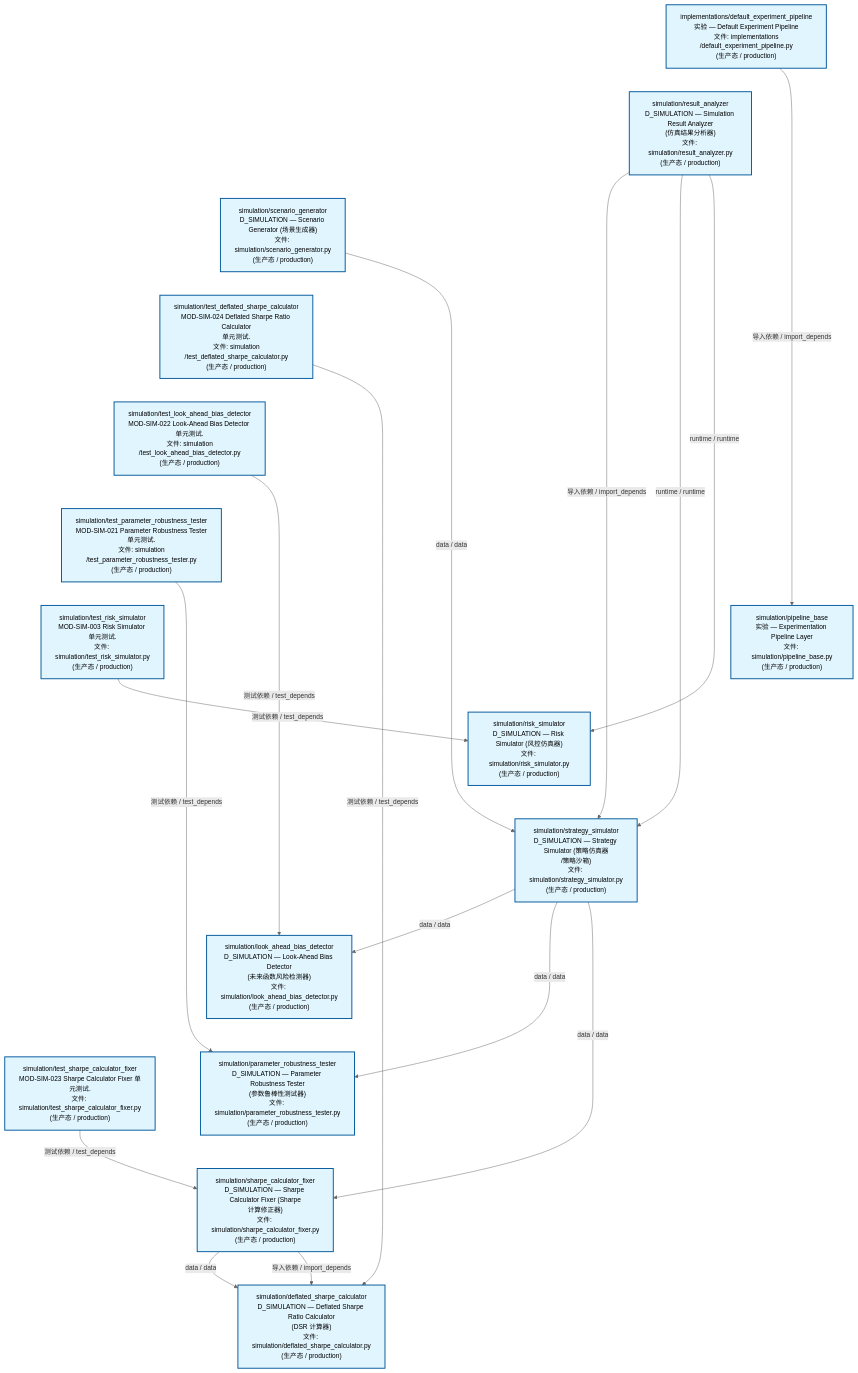
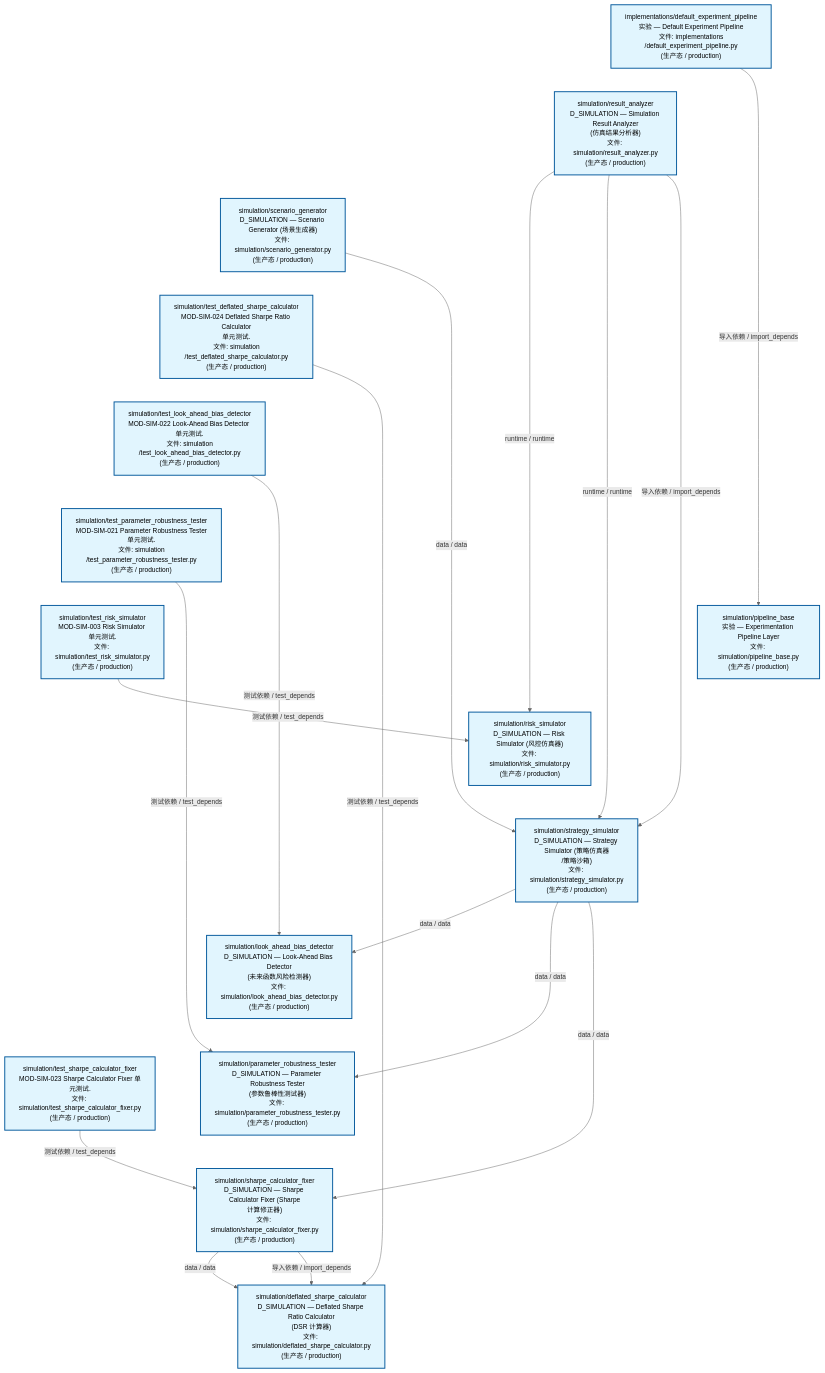
One commit to xuanFelixVan/ZephyrAlpha changed the second of 3 diagrams in docs/02_enterprise_architecture/02_domain_architecture_docs/70_d_simulation.md. Above: the diagram before and after it, drawn with Mermaid. The commit also changed other lines of this file and 59 other files, not shown here.

````diff
--- a/docs/02_enterprise_architecture/02_domain_architecture_docs/70_d_simulation.md
+++ b/docs/02_enterprise_architecture/02_domain_architecture_docs/70_d_simulation.md
@@ -123,50 +123,50 @@
 ```mermaid
 %%{init: {'theme': 'base', 'themeVariables': {'primaryColor': '#eaeaea', 'primaryTextColor': '#333333', 'primaryBorderColor': '#666666', 'lineColor': '#666666', 'secondaryColor': '#eaeaea', 'tertiaryColor': '#eaeaea', 'fontSize': '14px'}}}%%
 flowchart TD
     src_zephyr_simulation_implementations_default_experiment_pipeline_py["implementations/default_experiment_pipeline<br/>实验 — Default Experiment Pipeline<br/>文件: implementations<br/>/default_experiment_pipeline.py<br/>(生产态 / production)"]
     src_zephyr_simulation_result_analyzer_py["simulation/result_analyzer<br/>D_SIMULATION — Simulation Result Analyzer<br/>(仿真结果分析器)<br/>文件: simulation/result_analyzer.py<br/>(生产态 / production)"]
     src_zephyr_simulation_scenario_generator_py["simulation/scenario_generator<br/>D_SIMULATION — Scenario Generator (场景生成器)<br/>文件: simulation/scenario_generator.py<br/>(生产态 / production)"]
     tests_simulation_test_deflated_sharpe_calculator_py["simulation/test_deflated_sharpe_calculator<br/>MOD-SIM-024 Deflated Sharpe Ratio Calculator<br/>单元测试.<br/>文件: simulation<br/>/test_deflated_sharpe_calculator.py<br/>(生产态 / production)"]
     tests_simulation_test_look_ahead_bias_detector_py["simulation/test_look_ahead_bias_detector<br/>MOD-SIM-022 Look-Ahead Bias Detector 单元测试.<br/>文件: simulation<br/>/test_look_ahead_bias_detector.py<br/>(生产态 / production)"]
     tests_simulation_test_parameter_robustness_tester_py["simulation/test_parameter_robustness_tester<br/>MOD-SIM-021 Parameter Robustness Tester<br/>单元测试.<br/>文件: simulation<br/>/test_parameter_robustness_tester.py<br/>(生产态 / production)"]
     tests_simulation_test_risk_simulator_py["simulation/test_risk_simulator<br/>MOD-SIM-003 Risk Simulator 单元测试.<br/>文件: simulation/test_risk_simulator.py<br/>(生产态 / production)"]
     tests_simulation_test_sharpe_calculator_fixer_py["simulation/test_sharpe_calculator_fixer<br/>MOD-SIM-023 Sharpe Calculator Fixer 单元测试.<br/>文件: simulation/test_sharpe_calculator_fixer.py<br/>(生产态 / production)"]
     src_zephyr_simulation_implementations_default_experiment_pipeline_py ~~~ src_zephyr_simulation_result_analyzer_py
     src_zephyr_simulation_result_analyzer_py ~~~ src_zephyr_simulation_scenario_generator_py
     src_zephyr_simulation_scenario_generator_py ~~~ tests_simulation_test_deflated_sharpe_calculator_py
     tests_simulation_test_deflated_sharpe_calculator_py ~~~ tests_simulation_test_look_ahead_bias_detector_py
     tests_simulation_test_look_ahead_bias_detector_py ~~~ tests_simulation_test_parameter_robustness_tester_py
     tests_simulation_test_parameter_robustness_tester_py ~~~ tests_simulation_test_risk_simulator_py
     tests_simulation_test_risk_simulator_py ~~~ tests_simulation_test_sharpe_calculator_fixer_py
     src_zephyr_simulation_pipeline_base_py["simulation/pipeline_base<br/>实验 — Experimentation Pipeline Layer<br/>文件: simulation/pipeline_base.py<br/>(生产态 / production)"]
     src_zephyr_simulation_risk_simulator_py["simulation/risk_simulator<br/>D_SIMULATION — Risk Simulator (风控仿真器)<br/>文件: simulation/risk_simulator.py<br/>(生产态 / production)"]
     src_zephyr_simulation_strategy_simulator_py["simulation/strategy_simulator<br/>D_SIMULATION — Strategy Simulator (策略仿真器<br/>/策略沙箱)<br/>文件: simulation/strategy_simulator.py<br/>(生产态 / production)"]
     src_zephyr_simulation_pipeline_base_py ~~~ src_zephyr_simulation_risk_simulator_py
     src_zephyr_simulation_risk_simulator_py ~~~ src_zephyr_simulation_strategy_simulator_py
     src_zephyr_simulation_look_ahead_bias_detector_py["simulation/look_ahead_bias_detector<br/>D_SIMULATION — Look-Ahead Bias Detector<br/>(未来函数风险检测器)<br/>文件: simulation/look_ahead_bias_detector.py<br/>(生产态 / production)"]
     src_zephyr_simulation_parameter_robustness_tester_py["simulation/parameter_robustness_tester<br/>D_SIMULATION — Parameter Robustness Tester<br/>(参数鲁棒性测试器)<br/>文件: simulation/parameter_robustness_tester.py<br/>(生产态 / production)"]
     src_zephyr_simulation_sharpe_calculator_fixer_py["simulation/sharpe_calculator_fixer<br/>D_SIMULATION — Sharpe Calculator Fixer (Sharpe<br/>计算修正器)<br/>文件: simulation/sharpe_calculator_fixer.py<br/>(生产态 / production)"]
     src_zephyr_simulation_look_ahead_bias_detector_py ~~~ src_zephyr_simulation_parameter_robustness_tester_py
     src_zephyr_simulation_parameter_robustness_tester_py ~~~ src_zephyr_simulation_sharpe_calculator_fixer_py
     src_zephyr_simulation_deflated_sharpe_calculator_py["simulation/deflated_sharpe_calculator<br/>D_SIMULATION — Deflated Sharpe Ratio Calculator<br/>(DSR 计算器)<br/>文件: simulation/deflated_sharpe_calculator.py<br/>(生产态 / production)"]
+    src_zephyr_simulation_result_analyzer_py -->|runtime / runtime| src_zephyr_simulation_risk_simulator_py
+    src_zephyr_simulation_result_analyzer_py -->|runtime / runtime| src_zephyr_simulation_strategy_simulator_py
     src_zephyr_simulation_result_analyzer_py -->|导入依赖 / import_depends| src_zephyr_simulation_strategy_simulator_py
-    src_zephyr_simulation_result_analyzer_py -->|runtime / runtime| src_zephyr_simulation_strategy_simulator_py
-    src_zephyr_simulation_result_analyzer_py -->|runtime / runtime| src_zephyr_simulation_risk_simulator_py
     src_zephyr_simulation_strategy_simulator_py -->|data / data| src_zephyr_simulation_look_ahead_bias_detector_py
     src_zephyr_simulation_strategy_simulator_py -->|data / data| src_zephyr_simulation_parameter_robustness_tester_py
     src_zephyr_simulation_strategy_simulator_py -->|data / data| src_zephyr_simulation_sharpe_calculator_fixer_py
-    src_zephyr_simulation_scenario_generator_py -->|data / data| src_zephyr_simulation_strategy_simulator_py
     src_zephyr_simulation_sharpe_calculator_fixer_py -->|data / data| src_zephyr_simulation_deflated_sharpe_calculator_py
     src_zephyr_simulation_sharpe_calculator_fixer_py -->|导入依赖 / import_depends| src_zephyr_simulation_deflated_sharpe_calculator_py
     src_zephyr_simulation_implementations_default_experiment_pipeline_py -->|导入依赖 / import_depends| src_zephyr_simulation_pipeline_base_py
+    src_zephyr_simulation_scenario_generator_py -->|data / data| src_zephyr_simulation_strategy_simulator_py
+    tests_simulation_test_deflated_sharpe_calculator_py -->|测试依赖 / test_depends| src_zephyr_simulation_deflated_sharpe_calculator_py
     tests_simulation_test_parameter_robustness_tester_py -->|测试依赖 / test_depends| src_zephyr_simulation_parameter_robustness_tester_py
-    tests_simulation_test_deflated_sharpe_calculator_py -->|测试依赖 / test_depends| src_zephyr_simulation_deflated_sharpe_calculator_py
+    tests_simulation_test_risk_simulator_py -->|测试依赖 / test_depends| src_zephyr_simulation_risk_simulator_py
     tests_simulation_test_look_ahead_bias_detector_py -->|测试依赖 / test_depends| src_zephyr_simulation_look_ahead_bias_detector_py
     tests_simulation_test_sharpe_calculator_fixer_py -->|测试依赖 / test_depends| src_zephyr_simulation_sharpe_calculator_fixer_py
-    tests_simulation_test_risk_simulator_py -->|测试依赖 / test_depends| src_zephyr_simulation_risk_simulator_py
     classDef production fill:#e1f5fe,stroke:#01579b,stroke-width:2px,color:#000
     classDef design fill:#fff3e0,stroke:#e65100,stroke-width:2px,color:#000,stroke-dasharray: 5 5
     classDef external_prod fill:#e8f4fd,stroke:#0277bd,stroke-width:1px,color:#000
     classDef external_design fill:#fff8e7,stroke:#ef6c00,stroke-width:1px,color:#000,stroke-dasharray: 5 5
     class src_zephyr_simulation_deflated_sharpe_calculator_py,src_zephyr_simulation_implementations_default_experiment_pipeline_py,src_zephyr_simulation_look_ahead_bias_detector_py,src_zephyr_simulation_parameter_robustness_tester_py,src_zephyr_simulation_pipeline_base_py,src_zephyr_simulation_result_analyzer_py,src_zephyr_simulation_risk_simulator_py,src_zephyr_simulation_scenario_generator_py,src_zephyr_simulation_sharpe_calculator_fixer_py,src_zephyr_simulation_strategy_simulator_py,tests_simulation_test_deflated_sharpe_calculator_py,tests_simulation_test_look_ahead_bias_detector_py,tests_simulation_test_parameter_robustness_tester_py,tests_simulation_test_risk_simulator_py,tests_simulation_test_sharpe_calculator_fixer_py production
 ```
````
